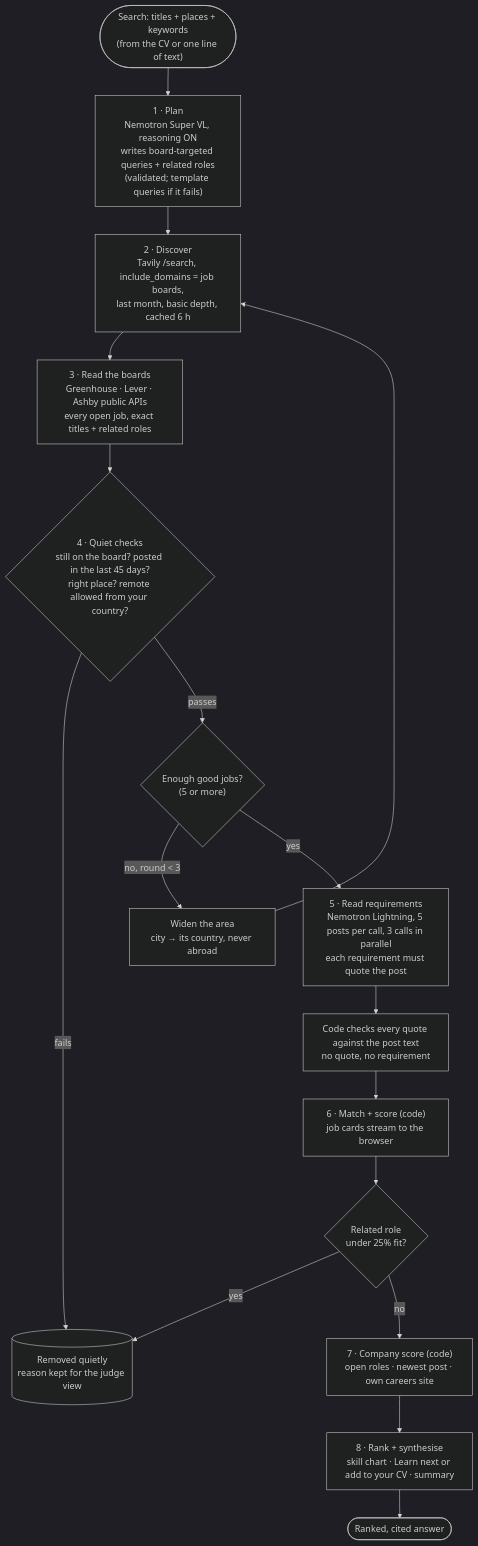
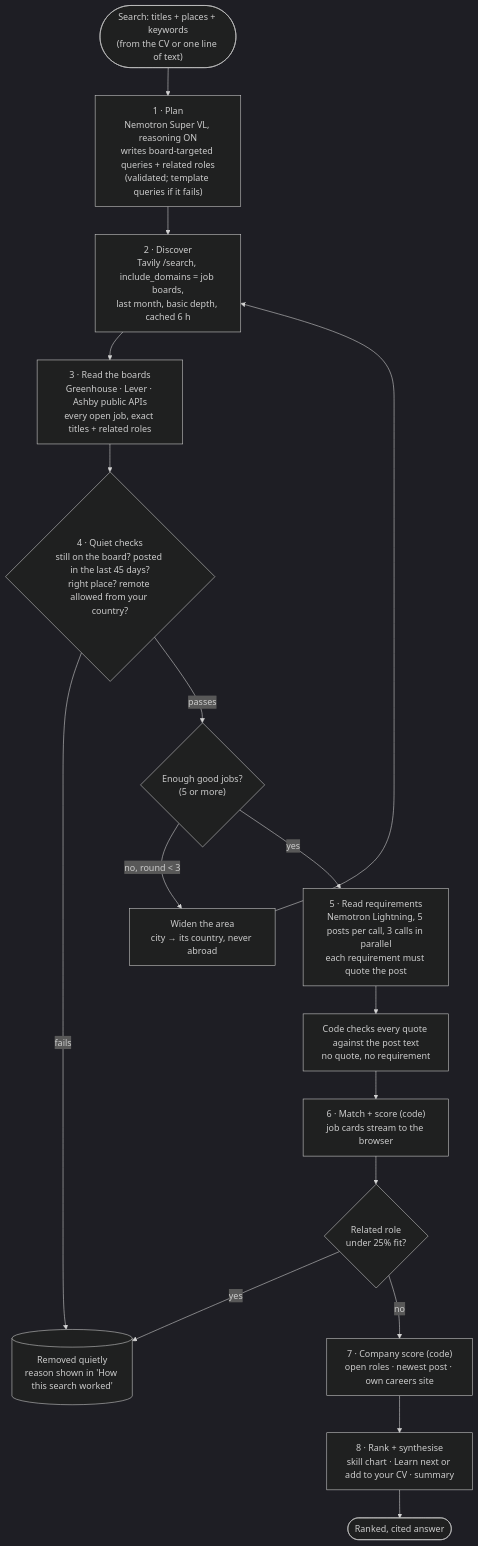
One commit to faizan94/postulo changed the second of 3 diagrams in README.md. Above: the diagram before and after it, drawn with Mermaid (dark theme). The commit also changed other lines of this file and 8 other files, not shown here.

Commit message:
refactor: update terminology from "judge view" to "trace view" for consistency across documentation and code

````diff
--- a/README.md
+++ b/README.md
@@ -73,19 +71,19 @@
 ```mermaid
 flowchart TD
     S(["Search: titles + places + keywords<br/>(from the CV or one line of text)"]) --> P
     P["1 · Plan<br/>Nemotron Super VL, reasoning ON<br/>writes board-targeted queries + related roles<br/>(validated; template queries if it fails)"] --> T
     T["2 · Discover<br/>Tavily /search, include_domains = job boards,<br/>last month, basic depth, cached 6 h"] --> B
     B["3 · Read the boards<br/>Greenhouse · Lever · Ashby public APIs<br/>every open job, exact titles + related roles"] --> Q
     Q{"4 · Quiet checks<br/>still on the board? posted in the last 45 days?<br/>right place? remote allowed from your country?"}
-    Q -- fails --> X[("Removed quietly<br/>reason kept for the judge view")]
+    Q -- fails --> X[("Removed quietly<br/>reason shown in 'How this search worked'")]
     Q -- passes --> E{"Enough good jobs?<br/>(5 or more)"}
     E -- "no, round < 3" --> W["Widen the area<br/>city → its country, never abroad"] --> T
     E -- yes --> R["5 · Read requirements<br/>Nemotron Lightning, 5 posts per call, 3 calls in parallel<br/>each requirement must quote the post"]
     R --> V["Code checks every quote against the post text<br/>no quote, no requirement"]
     V --> M["6 · Match + score (code)<br/>job cards stream to the browser"]
     M --> L{"Related role<br/>under 25% fit?"}
     L -- yes --> X
     L -- no --> C["7 · Company score (code)<br/>open roles · newest post · own careers site"]
     C --> K["8 · Rank + synthesise<br/>skill chart · Learn next or add to your CV · summary"]
     K --> Done(["Ranked, cited answer"])
 ```
````
